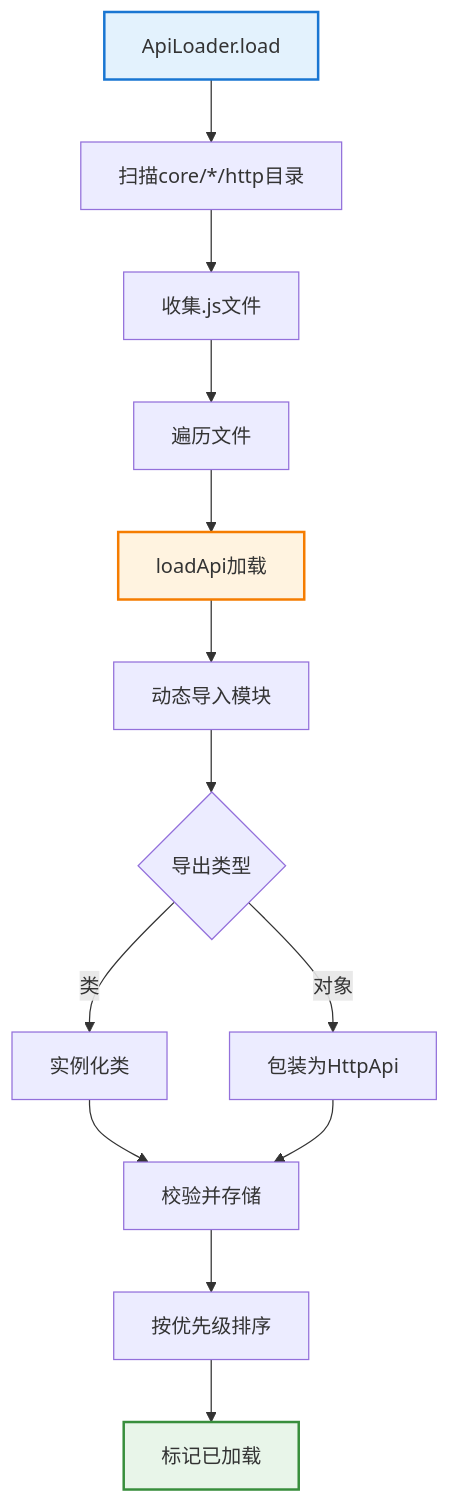
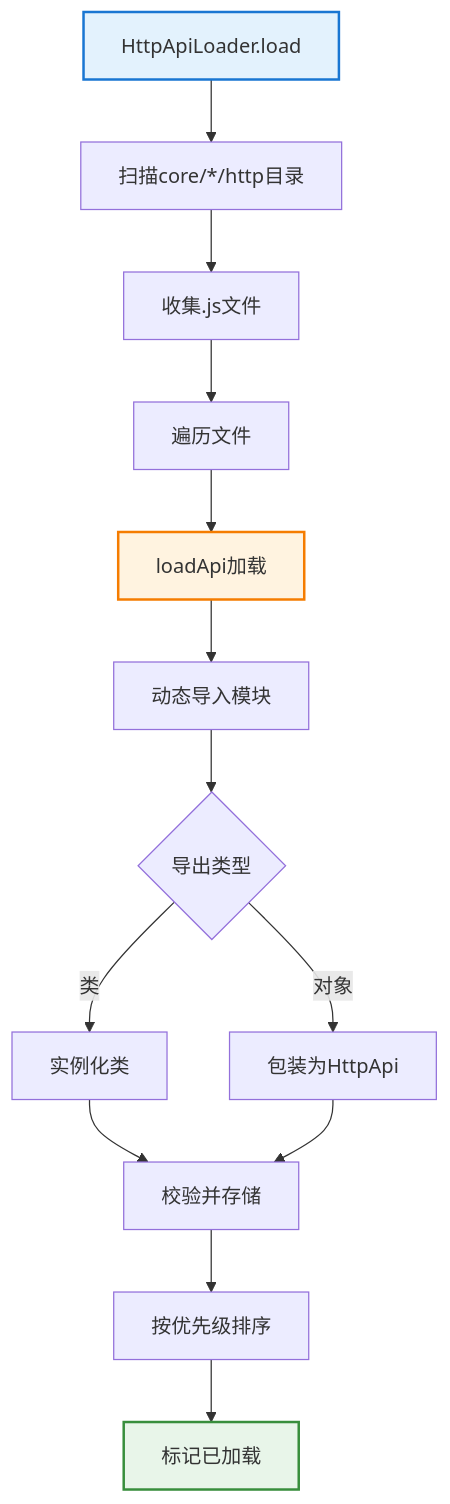
The first of 4 diagrams in docs/api-loader.md (sunflowermm/XRK-AGT), drawn with Mermaid before and after one commit. The commit also changed other lines of this file and 315 other files, not shown here.

````diff
--- a/docs/api-loader.md
+++ b/docs/api-loader.md
@@ -56,19 +56,19 @@
 ```mermaid
 flowchart TB
-    A["ApiLoader.load"] --> B["扫描core/*/http目录"]
+    A["HttpApiLoader.load"] --> B["扫描core/*/http目录"]
     B --> C["收集.js文件"]
     C --> D["遍历文件"]
     D --> E["loadApi加载"]
     E --> F["动态导入模块"]
     F --> G{"导出类型"}
     G -->|类| H["实例化类"]
     G -->|对象| I["包装为HttpApi"]
     H --> J["校验并存储"]
     I --> J
     J --> K["按优先级排序"]
     K --> L["标记已加载"]
     
     style A fill:#E3F2FD,stroke:#1976D2,stroke-width:2px
     style E fill:#FFF3E0,stroke:#F57C00,stroke-width:2px
     style L fill:#E8F5E9,stroke:#388E3C,stroke-width:2px
 ```
````
